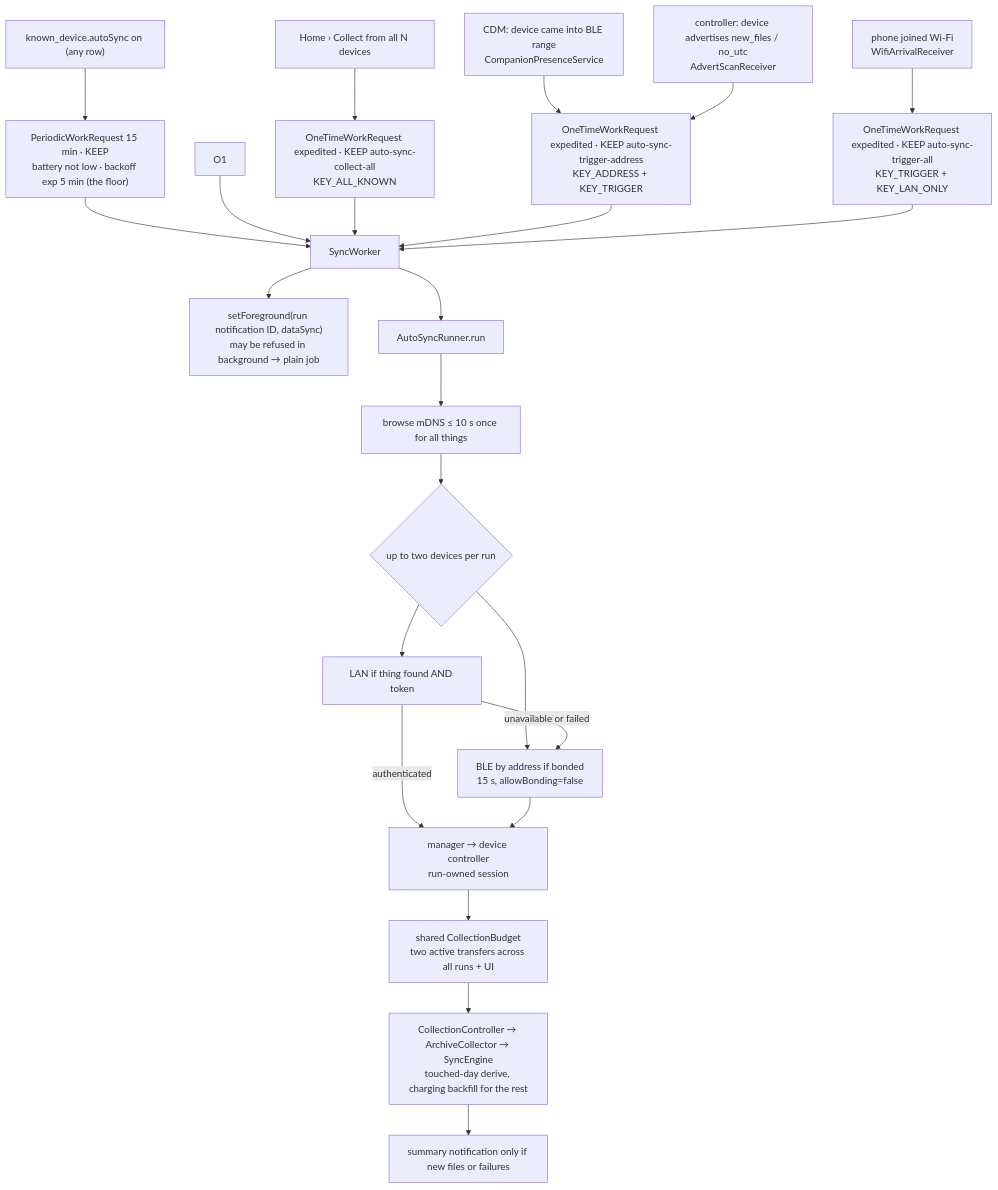
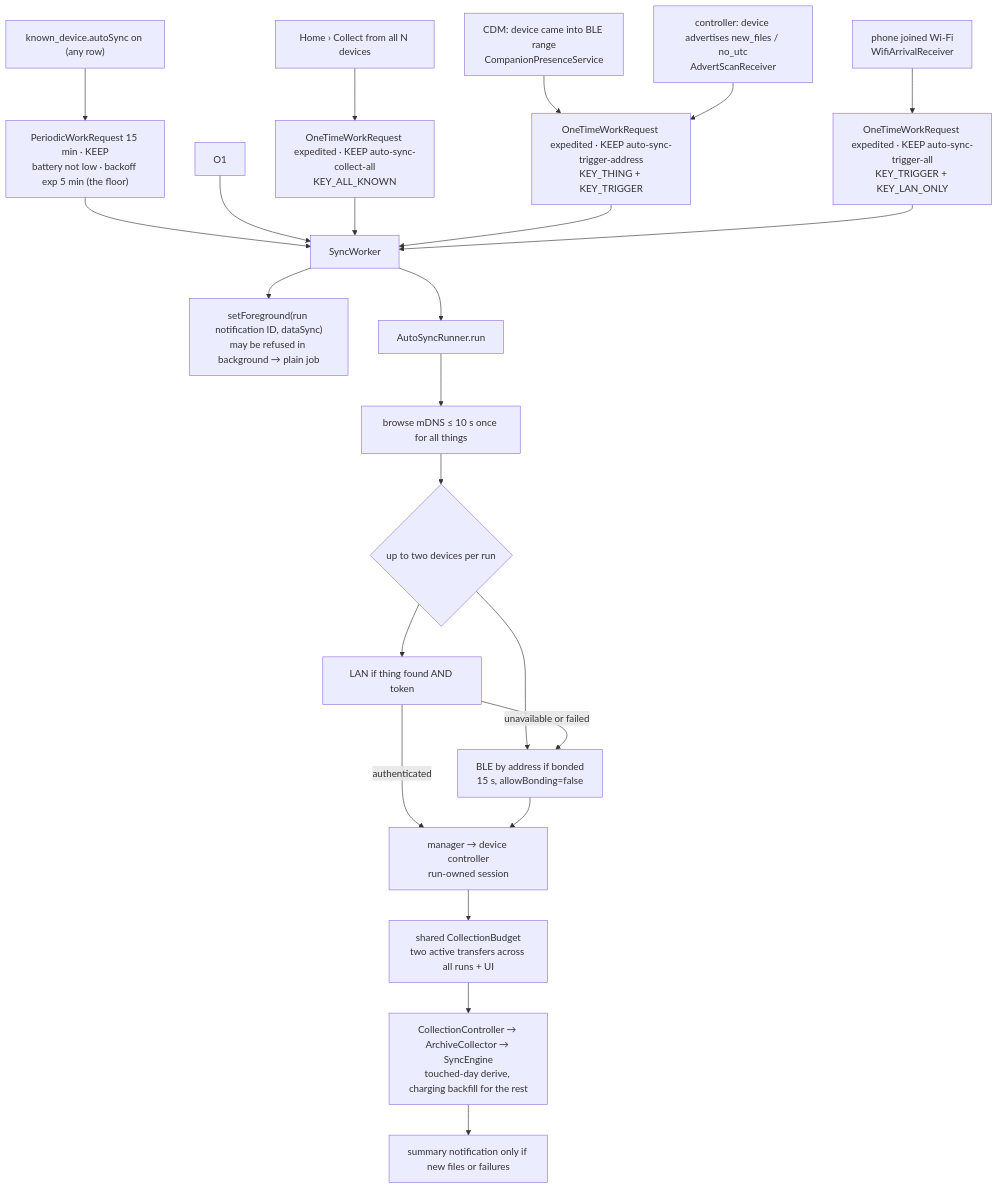
The diagram in docs/background-sync.md (walkthru-earth/opensensor-space-mobile), drawn with Mermaid before and after one commit. The commit also changed other lines of this file and 39 other files, not shown here.

First line of the commit message:
Name Things by a ThingId and keep a thing_source row per Thing UUID (#240)

````diff
--- a/docs/background-sync.md
+++ b/docs/background-sync.md
@@ -17,25 +17,25 @@
 ```mermaid
 flowchart TD
   SW["known_device.autoSync on (any row)"] --> P["PeriodicWorkRequest 15 min · KEEP<br/>battery not low · backoff exp 5 min (the floor)"]
   M2["Home › Collect from all N devices"] --> O2["OneTimeWorkRequest expedited · KEEP auto-sync-collect-all<br/>KEY_ALL_KNOWN"]
-  T1["CDM: device came into BLE range<br/>CompanionPresenceService"] --> O3["OneTimeWorkRequest expedited · KEEP auto-sync-trigger-address<br/>KEY_ADDRESS + KEY_TRIGGER"]
+  T1["CDM: device came into BLE range<br/>CompanionPresenceService"] --> O3["OneTimeWorkRequest expedited · KEEP auto-sync-trigger-address<br/>KEY_THING + KEY_TRIGGER"]
   T2["controller: device advertises new_files / no_utc<br/>AdvertScanReceiver"] --> O3
   T3["phone joined Wi-Fi<br/>WifiArrivalReceiver"] --> O4["OneTimeWorkRequest expedited · KEEP auto-sync-trigger-all<br/>KEY_TRIGGER + KEY_LAN_ONLY"]
   P --> W[SyncWorker]
   O1 --> W
   O2 --> W
   O3 --> W
   O4 --> W
   W --> F["setForeground(run notification ID, dataSync)<br/>may be refused in background → plain job"]
   W --> R[AutoSyncRunner.run]
   R --> L["browse mDNS ≤ 10 s once for all things"]
   L --> D{up to two devices per run}
   D --> LAN["LAN if thing found AND token"]
   D --> BLE["BLE by address if bonded<br/>15 s, allowBonding=false"]
   LAN -- unavailable or failed --> BLE
   LAN -- authenticated --> C["manager → device controller<br/>run-owned session"]
   BLE --> C
   C --> B["shared CollectionBudget<br/>two active transfers across all runs + UI"]
   B --> S["CollectionController → ArchiveCollector → SyncEngine<br/>touched-day derive, charging backfill for the rest"]
   S --> N["summary notification only if new files or failures"]
 ```
````
